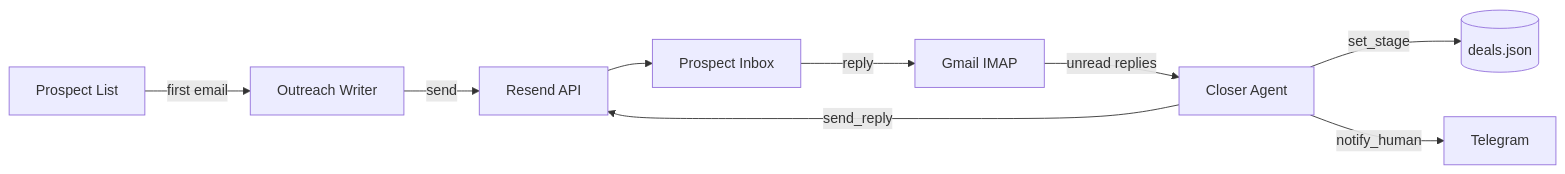
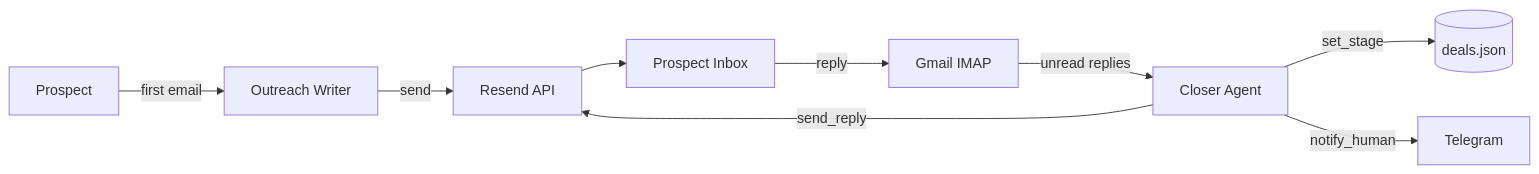
The diagram in README.md (nse4real/ai-sales-sdr-agent), drawn with Mermaid before and after one commit. The commit also changed other lines of this file and 9 other files, not shown here.

````diff
--- a/README.md
+++ b/README.md
@@ -12,11 +9,11 @@
 ```mermaid
 graph LR
-    A[Prospect List] -->|first email| B[Outreach Writer]
+    A[Prospect] -->|first email| B[Outreach Writer]
     B -->|send| C[Resend API]
     C --> D[Prospect Inbox]
     D -->|reply| E[Gmail IMAP]
     E -->|unread replies| F[Closer Agent]
     F -->|send_reply| C
     F -->|set_stage| G[(deals.json)]
     F -->|notify_human| H[Telegram]
 ```
````
